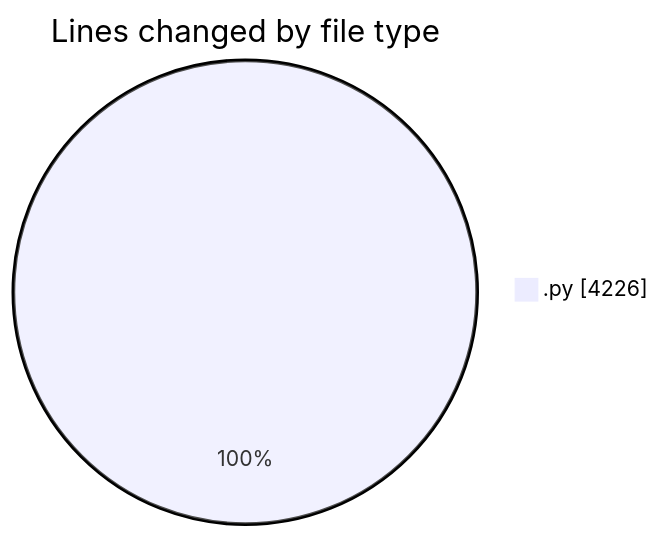
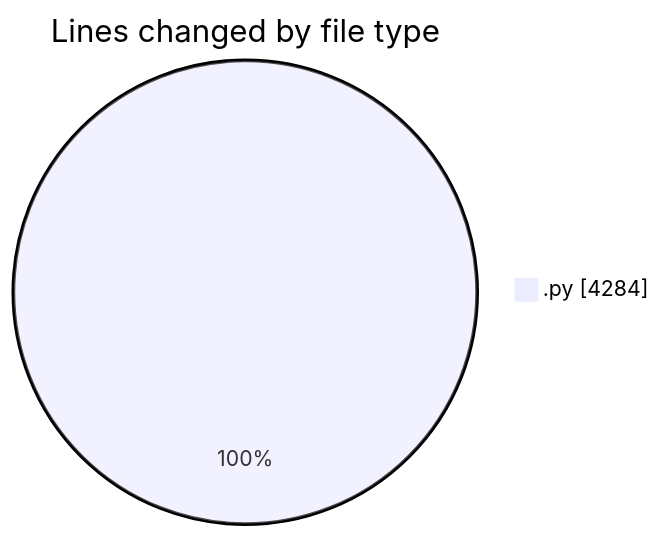
The first of 2 diagrams in 2025-04-18/myws__workspace_/README.md (MatusMokan/code-tracking), drawn with Mermaid before and after one commit. The commit also changed other lines of this file and 1 other file, not shown here.

````diff
--- a/2025-04-18/myws__workspace_/README.md
+++ b/2025-04-18/myws__workspace_/README.md
@@ -21,5 +21,5 @@
 ```mermaid
 pie showData
 title Lines changed by file type
-".py" : 4226
+".py" : 4284
 ```
````
